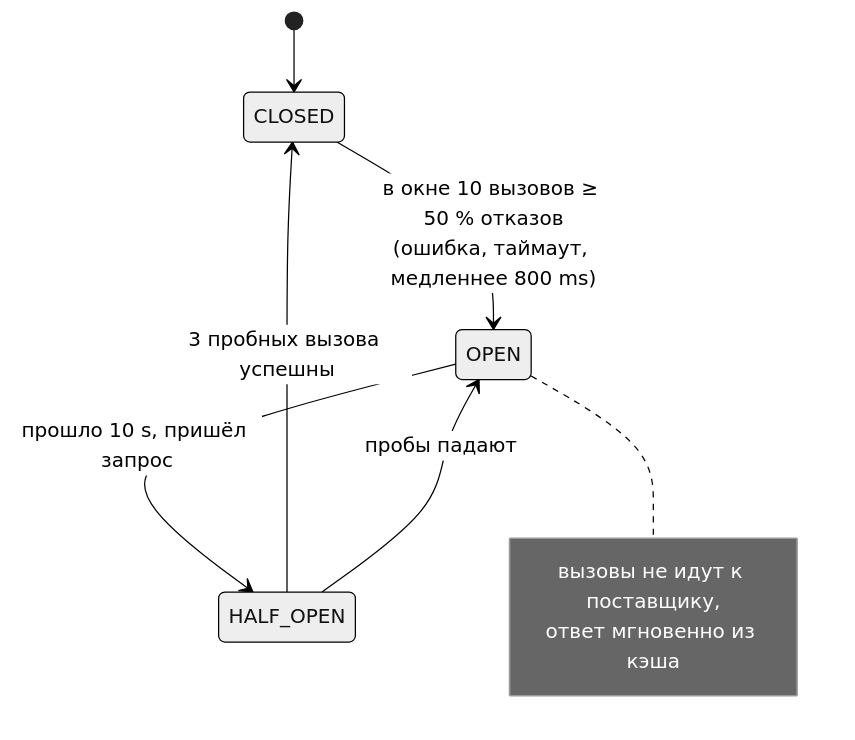
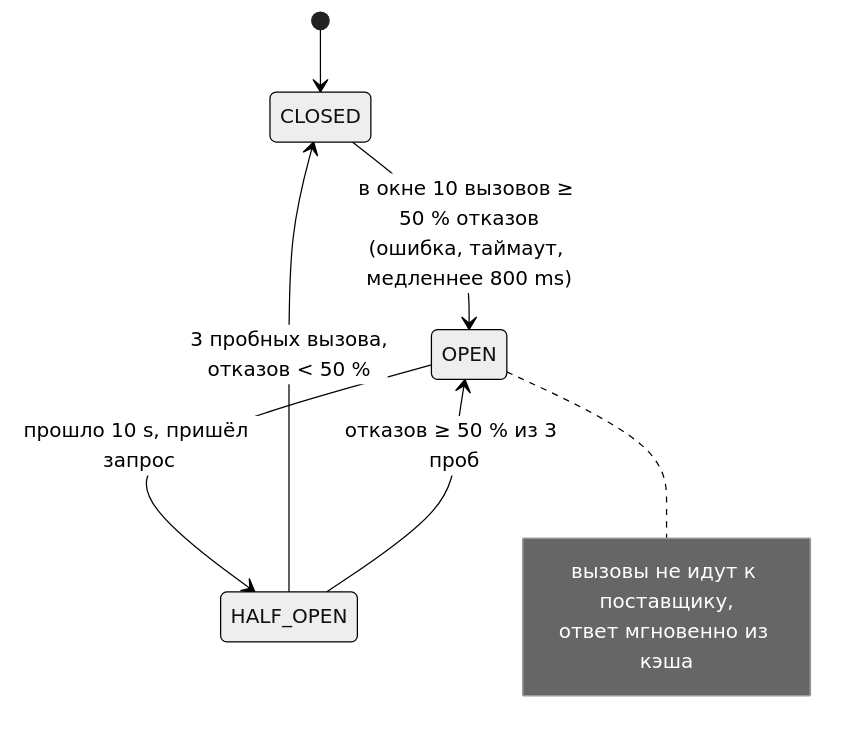
One commit to cucumber405d/hephaestus changed the second of 2 diagrams in 08-resilience/docs/architecture.md. Above: the diagram before and after it, drawn with Mermaid (neutral theme). The commit also changed other lines of this file and 7 other files, not shown here.

````diff
--- a/08-resilience/docs/architecture.md
+++ b/08-resilience/docs/architecture.md
@@ -22,9 +22,9 @@
 ```mermaid
 stateDiagram-v2
     [*] --> CLOSED
     CLOSED --> OPEN: в окне 10 вызовов ≥ 50 % отказов<br/>(ошибка, таймаут, медленнее 800 ms)
     OPEN --> HALF_OPEN: прошло 10 s, пришёл запрос
-    HALF_OPEN --> CLOSED: 3 пробных вызова успешны
-    HALF_OPEN --> OPEN: пробы падают
+    HALF_OPEN --> CLOSED: 3 пробных вызова,<br/>отказов < 50 %
+    HALF_OPEN --> OPEN: отказов ≥ 50 % из 3 проб
     note right of OPEN: вызовы не идут к поставщику,<br/>ответ мгновенно из кэша
 ```
````
